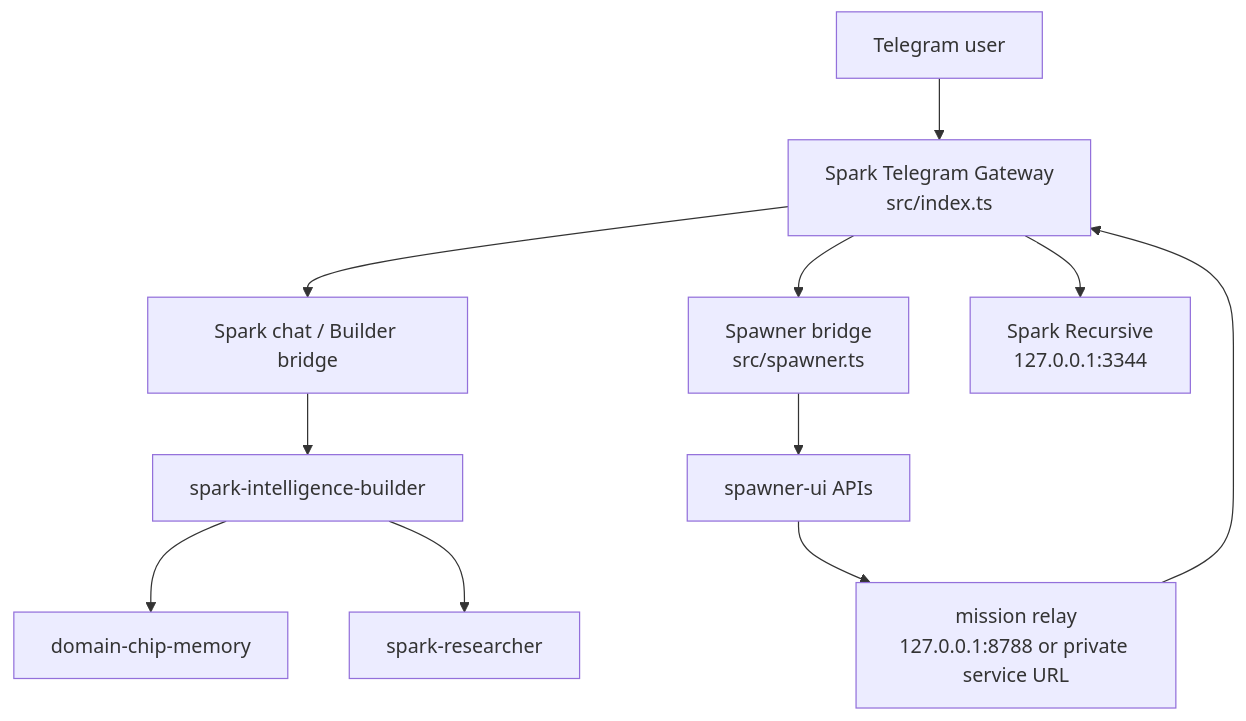
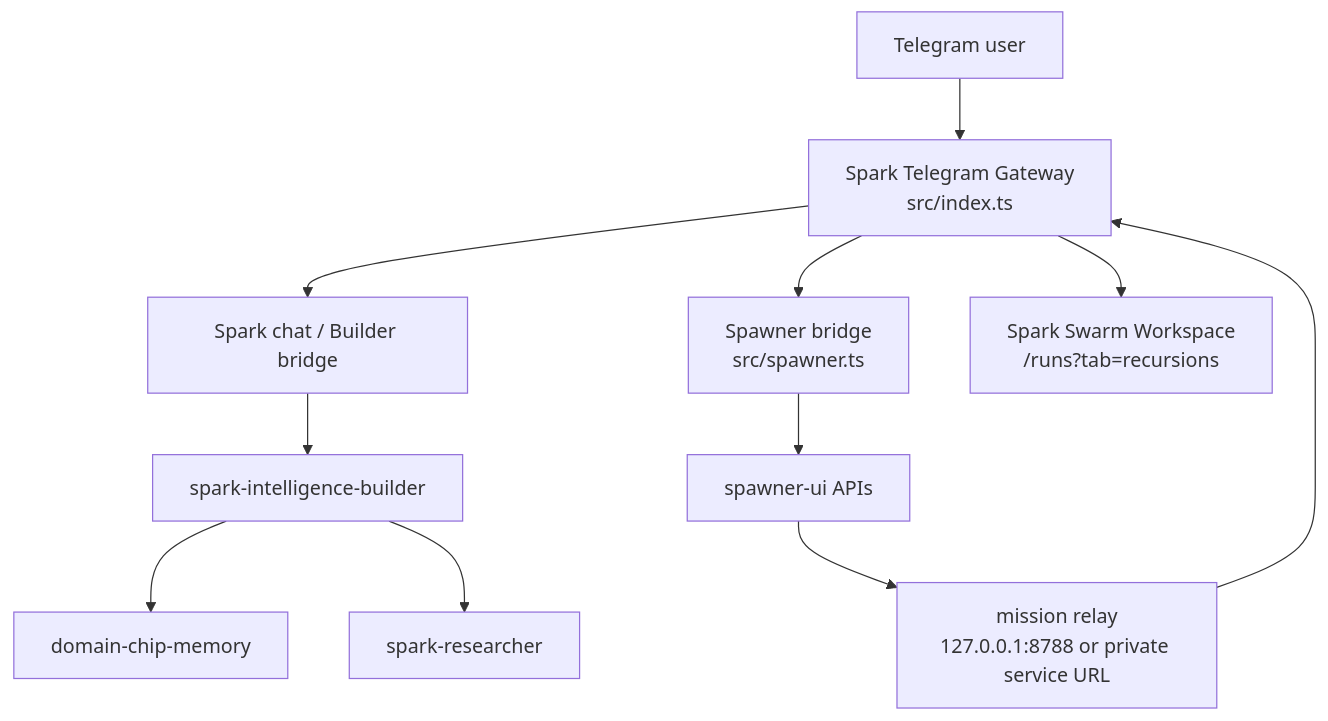
One commit to vibeforge1111/spark-telegram-bot changed the first of 2 diagrams in README.md. Above: the diagram before and after it, drawn with Mermaid. The commit also changed other lines of this file and 2 other files, not shown here.

Commit message:
Route recursive commands to Spark Workspace

````diff
--- a/README.md
+++ b/README.md
@@ -31,13 +31,13 @@
 ```mermaid
 flowchart TD
   User["Telegram user"] --> Gateway["Spark Telegram Gateway<br/>src/index.ts"]
   Gateway --> Chat["Spark chat / Builder bridge"]
   Chat --> Builder["spark-intelligence-builder"]
   Builder --> Memory["domain-chip-memory"]
   Builder --> Researcher["spark-researcher"]
   Gateway --> SpawnerBridge["Spawner bridge<br/>src/spawner.ts"]
   SpawnerBridge --> Spawner["spawner-ui APIs"]
-  Gateway --> Recursive["Spark Recursive<br/>127.0.0.1:3344"]
+  Gateway --> Workspace["Spark Swarm Workspace<br/>/runs?tab=recursions"]
   Spawner --> Relay["mission relay<br/>127.0.0.1:8788 or private service URL"]
   Relay --> Gateway
 ```
````
